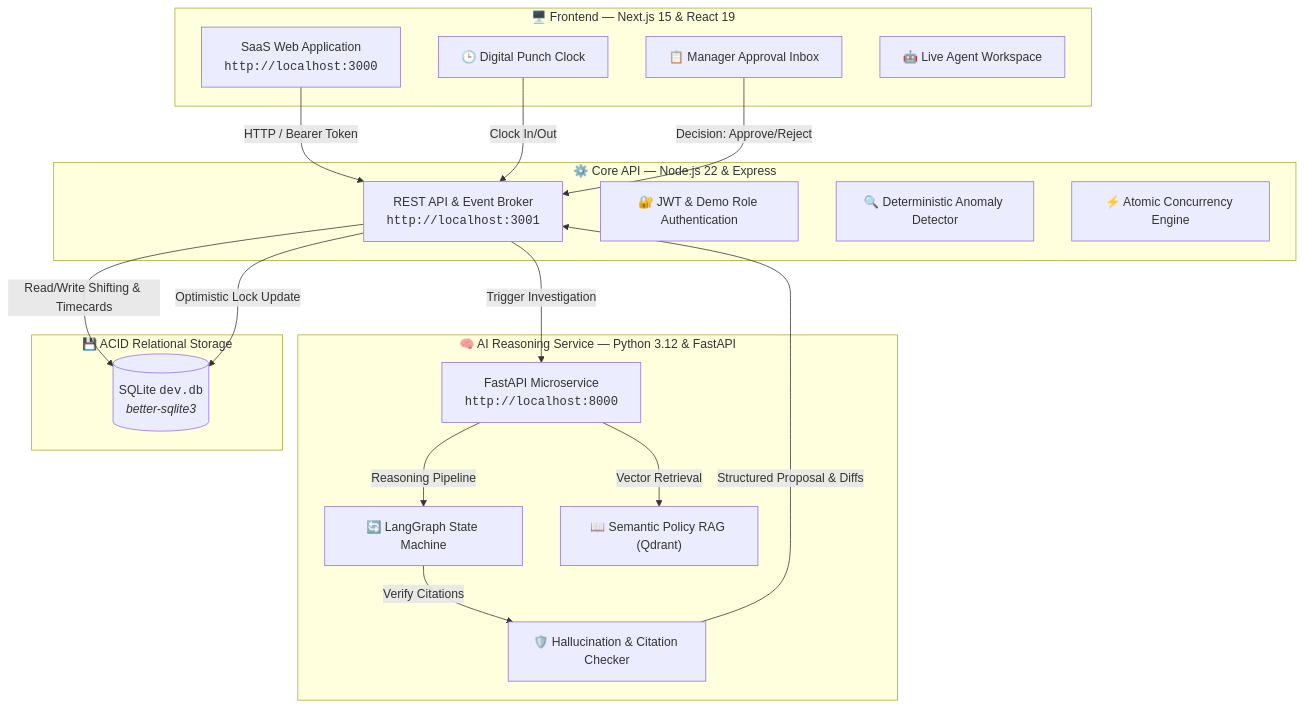
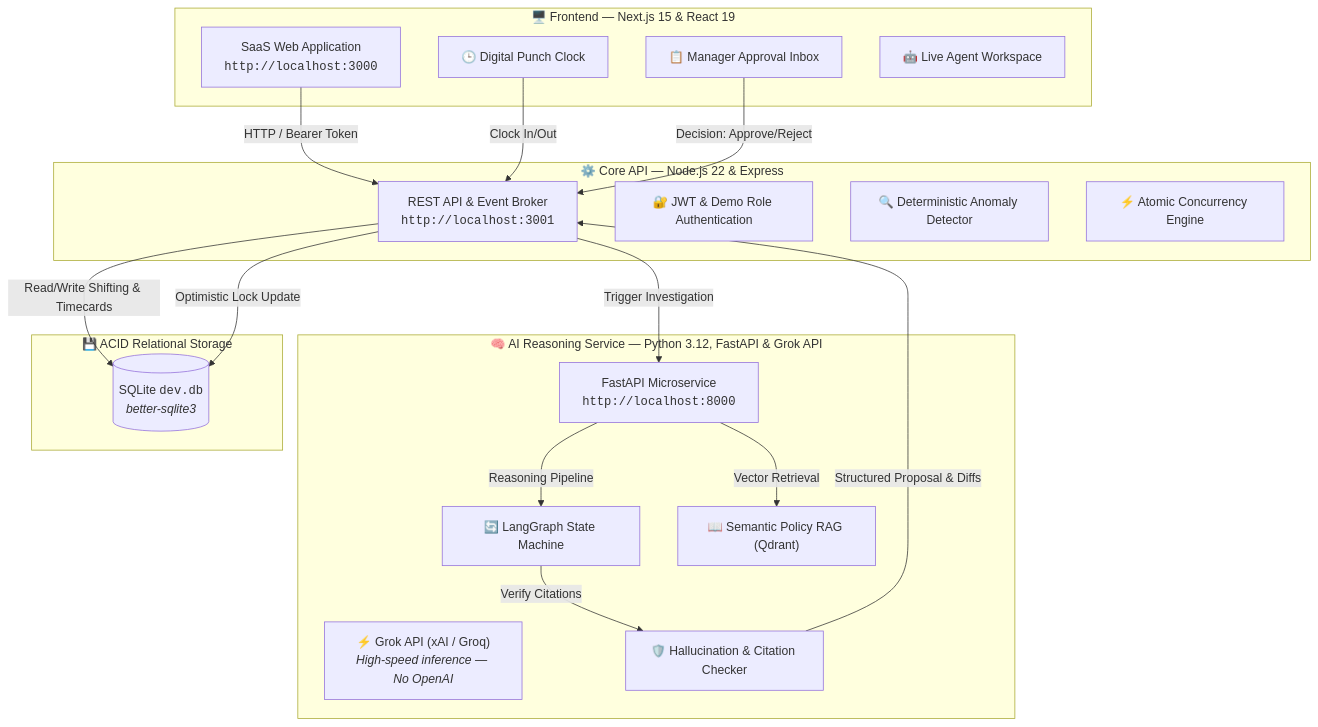
Before and after one commit to Anikesh994/DayForce: the first of 2 diagrams in README.md, drawn with Mermaid. The commit also changed other lines of this file, not shown here.

Commit message:
docs: document Grok API integration and clarify no OpenAI API usage

````diff
--- a/README.md
+++ b/README.md
@@ -94,38 +95,39 @@
 ```mermaid
 graph TD
     subgraph Client["🖥️ Frontend — Next.js 15 & React 19"]
         UI["SaaS Web Application<br/><code>http://localhost:3000</code>"]
         Punch["🕒 Digital Punch Clock"]
         Inbox["📋 Manager Approval Inbox"]
         Visualizer["🤖 Live Agent Workspace"]
     end
 
     subgraph Backend["⚙️ Core API — Node.js 22 & Express"]
         API["REST API & Event Broker<br/><code>http://localhost:3001</code>"]
         Auth["🔐 JWT & Demo Role Authentication"]
         Detector["🔍 Deterministic Anomaly Detector"]
         Tx["⚡ Atomic Concurrency Engine"]
     end
 
-    subgraph Intelligence["🧠 AI Reasoning Service — Python 3.12 & FastAPI"]
+    subgraph Intelligence["🧠 AI Reasoning Service — Python 3.12, FastAPI & Grok API"]
         AIService["FastAPI Microservice<br/><code>http://localhost:8000</code>"]
+        Grok["⚡ Grok API (xAI / Groq)<br/><i>High-speed inference — No OpenAI</i>"]
         LangGraph["🔄 LangGraph State Machine"]
         RAG["📖 Semantic Policy RAG (Qdrant)"]
         Reviewer["🛡️ Hallucination & Citation Checker"]
     end
 
     subgraph Persistence["💾 ACID Relational Storage"]
         DB[("SQLite <code>dev.db</code><br/><i>better-sqlite3</i>")]
     end
 
     UI -->|HTTP / Bearer Token| API
     Punch -->|Clock In/Out| API
     Inbox -->|Decision: Approve/Reject| API
     API -->|Read/Write Shifting & Timecards| DB
     API -->|Trigger Investigation| AIService
     AIService -->|Vector Retrieval| RAG
     AIService -->|Reasoning Pipeline| LangGraph
     LangGraph -->|Verify Citations| Reviewer
     Reviewer -->|Structured Proposal & Diffs| API
     API -->|Optimistic Lock Update| DB
 ```
````
